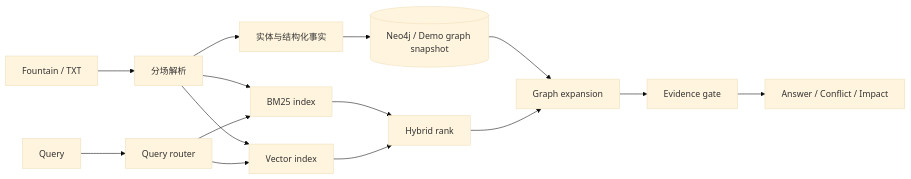
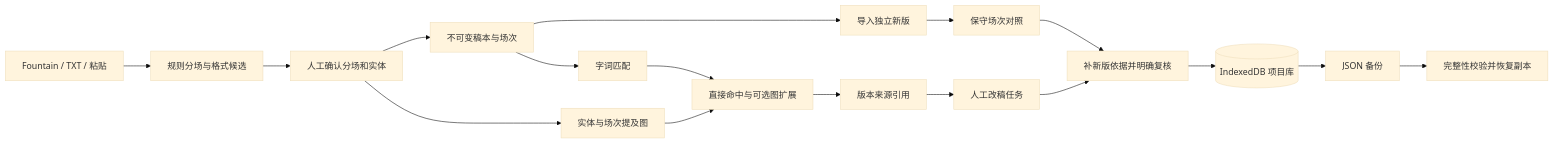
One commit to daizhouchen/scriptgraph-rag changed the first of 2 diagrams in docs/architecture.md. Above: the diagram before and after it, drawn with Mermaid (base theme). The commit also changed other lines of this file and 16 other files, not shown here.

````diff
--- a/docs/architecture.md
+++ b/docs/architecture.md
@@ -3,17 +7,19 @@
 ```mermaid
 flowchart LR
-  A[Fountain / TXT] --> B[分场解析]
-  B --> C[实体与结构化事实]
-  C --> D[(Neo4j / Demo graph snapshot)]
-  B --> E[BM25 index]
-  B --> F[Vector index]
-  Q[Query] --> R[Query router]
-  R --> E
-  R --> F
-  E --> H[Hybrid rank]
-  F --> H
-  D --> G[Graph expansion]
-  H --> G
-  G --> V[Evidence gate]
-  V --> O[Answer / Conflict / Impact]
+  A[Fountain / TXT / 粘贴] --> B[规则分场与格式候选]
+  B --> C[人工确认分场和实体]
+  C --> D[不可变稿本与场次]
+  D --> E[字词匹配]
+  C --> F[实体与场次提及图]
+  E --> G[直接命中与可选图扩展]
+  F --> G
+  G --> H[版本来源引用]
+  H --> I[人工改稿任务]
+  D --> J[导入独立新版]
+  J --> K[保守场次对照]
+  K --> L[补新版依据并明确复核]
+  I --> L
+  L --> M[(IndexedDB 项目库)]
+  M --> N[JSON 备份]
+  N --> O[完整性校验并恢复副本]
 ```
````
